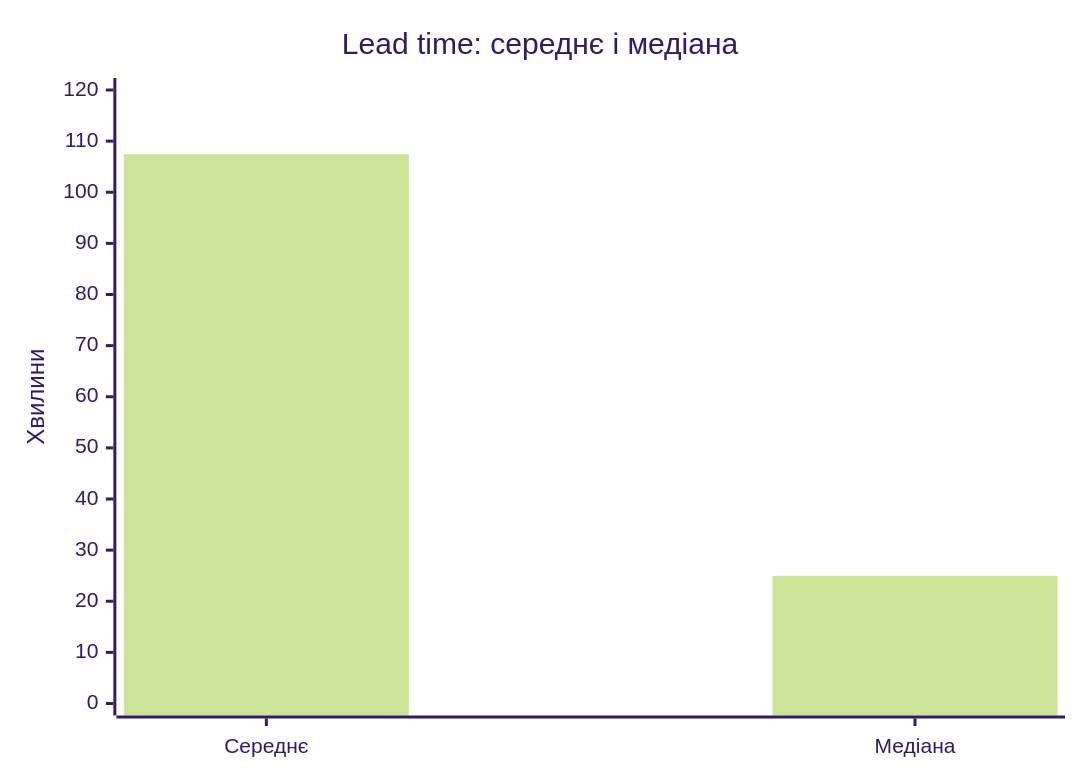
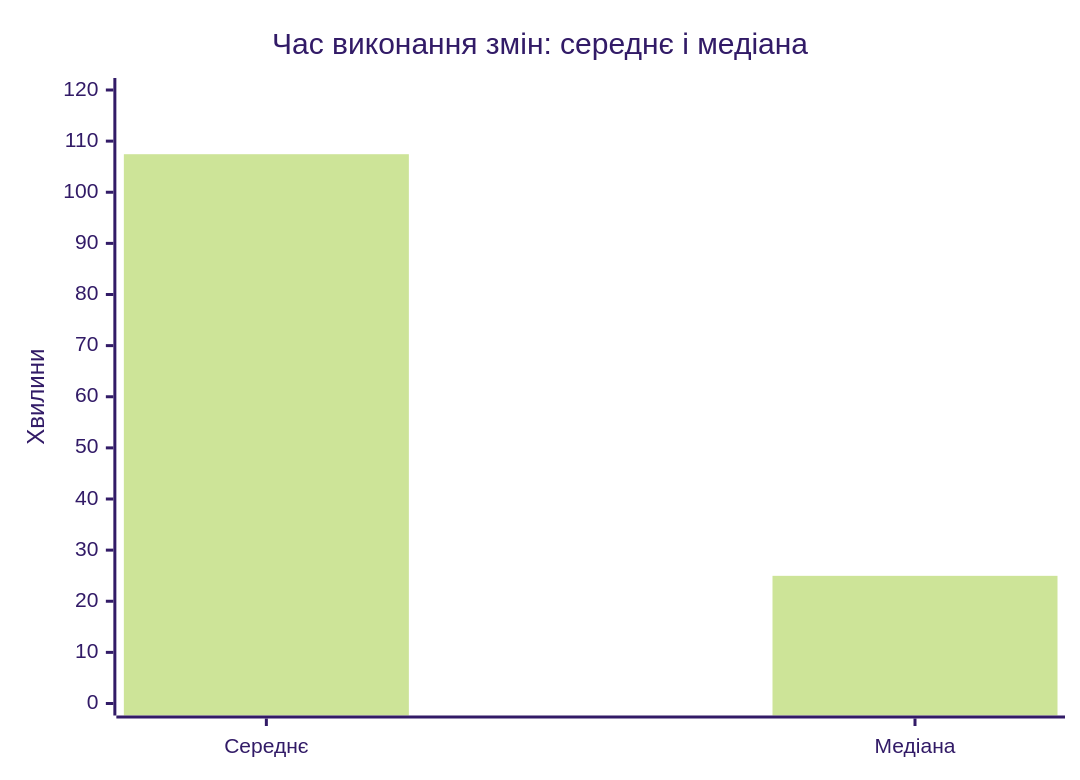
One commit to ukma-fin-ssdm-2026/Monkey-Business-project changed the second of 4 diagrams in docs/ci-cd/dora-summary.md. Above: the diagram before and after it, drawn with Mermaid (forest theme). The commit also changed other lines of this file and 5 other files, not shown here.

````diff
--- a/docs/ci-cd/dora-summary.md
+++ b/docs/ci-cd/dora-summary.md
@@ -97,7 +155,7 @@
 ```mermaid
 xychart-beta
-    title "Lead time: середнє і медіана"
+    title "Час виконання змін: середнє і медіана"
     x-axis ["Середнє", "Медіана"]
     y-axis "Хвилини" 0 --> 120
     bar [107.44, 24.97]
 ```
````
